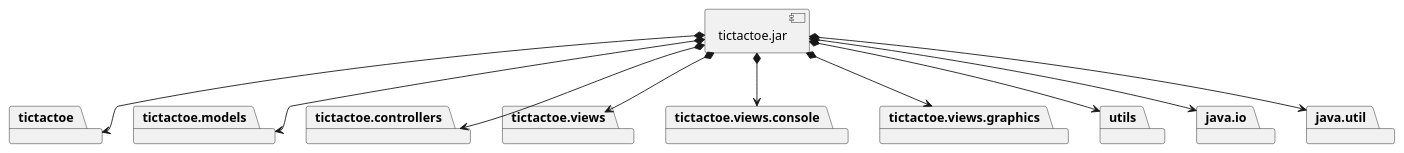
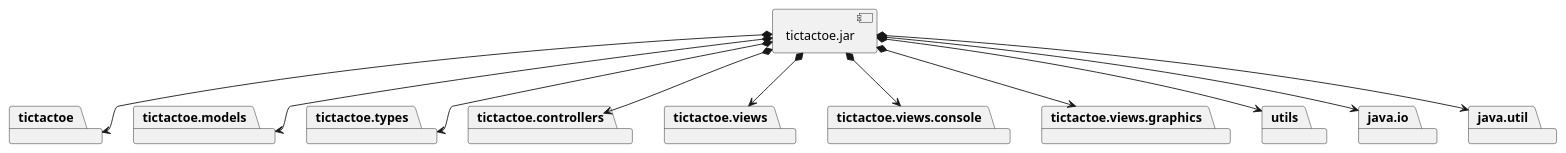
The first of 2 diagrams in modelViewPresenter/presentationModel/withFacade/docs/diagrams/src/vistas.plantuml (Jolucaa/USantaTecla-project-ticTacToe), drawn with PlantUML before and after one commit. The commit also changed 7 other files, not shown here.

Commit message:
[mvp.pm.withFacade] Refactored diagrams

```diff
--- a/modelViewPresenter/presentationModel/withFacade/docs/diagrams/src/vistas.plantuml
+++ b/modelViewPresenter/presentationModel/withFacade/docs/diagrams/src/vistas.plantuml
@@ -1,33 +1,36 @@
 @startuml desarrolloImplementacion
 package "  "  as tictactoe {
 }
 package "  "  as tictactoe.models {
+}
+package "  "  as tictactoe.types {
 }
 package "  "  as tictactoe.controllers {
 }
 package "  "  as tictactoe.views {
 }
 package "  "  as tictactoe.views.console {
 }
 package "  "  as tictactoe.views.graphics {
 }
 package "  "  as utils {
 }
 package "  "  as java.io {
 }
 package "  "  as java.util {
 }
 
 [tictactoe.jar] as jar
 
 jar *--> tictactoe
 jar *--> tictactoe.models
+jar *--> tictactoe.types
 jar *--> tictactoe.controllers
 jar *--> tictactoe.views
 jar *--> tictactoe.views.console
 jar *--> tictactoe.views.graphics
 jar *--> utils
 jar *--> java.io
 jar *--> java.util
 
 @enduml
```
